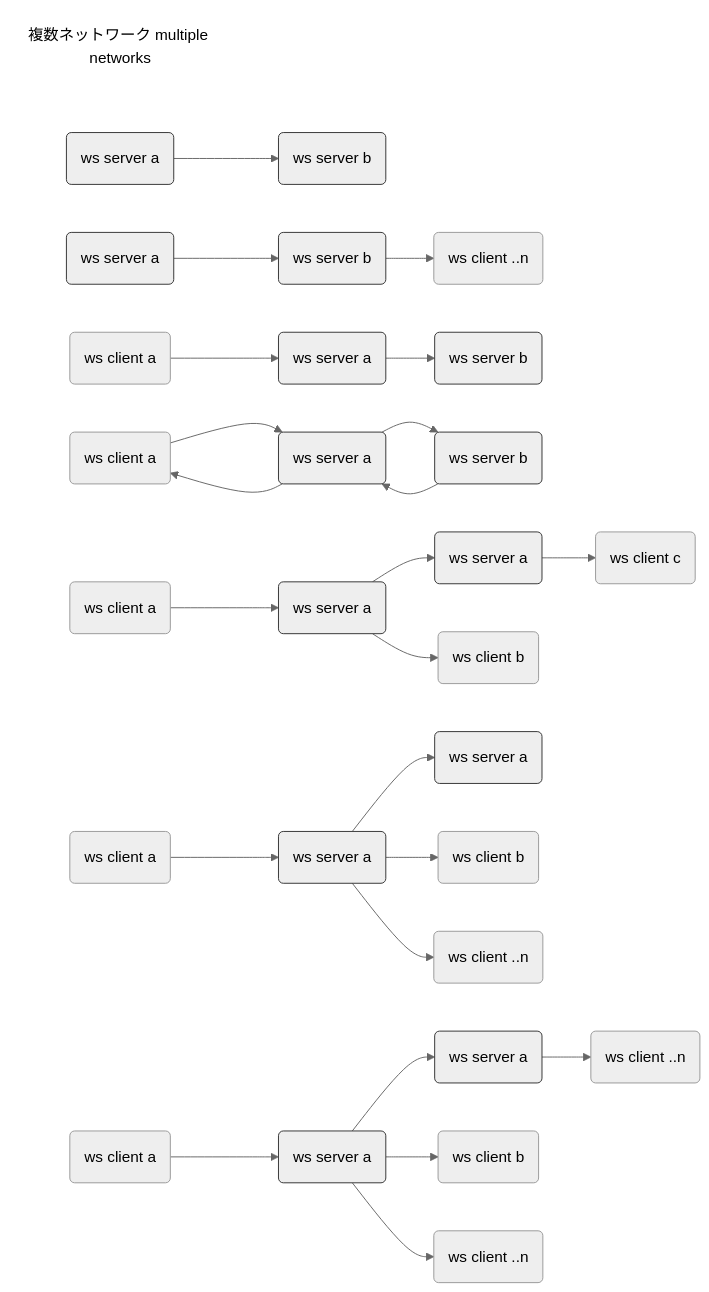
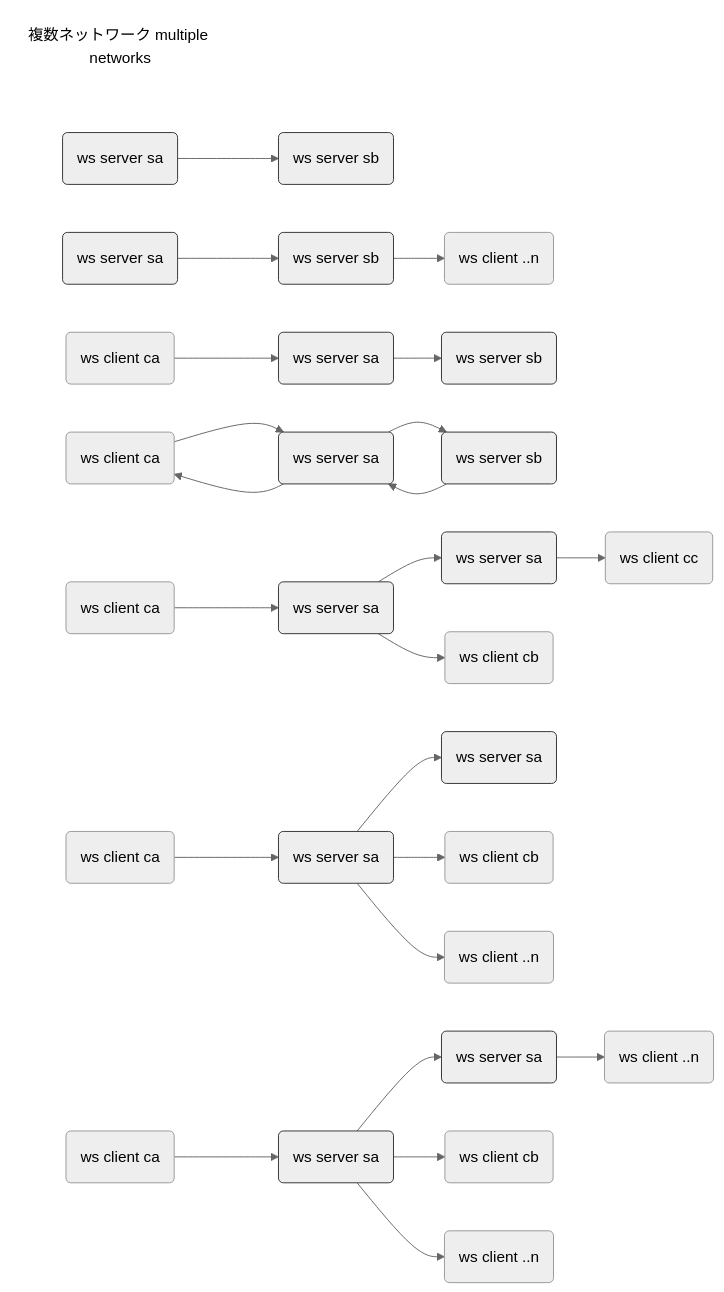
The second of 3 diagrams in README.md (toshirot/w2w), drawn with Mermaid (neutral theme) before and after one commit. The commit also changed other lines of this file, not shown here.

````diff
--- a/README.md
+++ b/README.md
@@ -50,69 +50,69 @@
 ```mermaid
 flowchart LR
 
 text2(複数ネットワーク multiple networks):::class_text
 
     %%multi_type1
-        multi_type1s1(ws server a):::class_server
-        multi_type1s2(ws server b):::class_server
+        multi_type1s1(ws server sa):::class_server
+        multi_type1s2(ws server sb):::class_server
             multi_type1s1 --> multi_type1s2
 
     %%multi_type2
-        multi_type2s1(ws server a):::class_server
-        multi_type2s2(ws server b):::class_server
+        multi_type2s1(ws server sa):::class_server
+        multi_type2s2(ws server sb):::class_server
         multi_type2c(ws client ..n) 
             multi_type2s1 --> multi_type2s2 --> multi_type2c
 
     %%multi_type3
-        multi_type3c(ws client a) 
-        multi_type3s1(ws server a):::class_server
-        multi_type3s2(ws server b):::class_server
+        multi_type3c(ws client ca) 
+        multi_type3s1(ws server sa):::class_server
+        multi_type3s2(ws server sb):::class_server
             multi_type3c --> multi_type3s1 --> multi_type3s2
 
     %%single_type4
-        multi_type4c1(ws client a) 
-        multi_type4s1(ws server a):::class_server 
-        multi_type4s2(ws server b):::class_server
+        multi_type4c1(ws client ca) 
+        multi_type4s1(ws server sa):::class_server 
+        multi_type4s2(ws server sb):::class_server
 　
             multi_type4c1 --> multi_type4s1 --> multi_type4s2 --> multi_type4s1--> multi_type4c1
  
      %%multi_type5
-        multi_type5c1(ws client a) 
-        multi_type5s1(ws server a):::class_server
-        multi_type5s2(ws server a):::class_server 
-        multi_type5c2(ws client b) 
-        multi_type5c3(ws client c) 
+        multi_type5c1(ws client ca) 
+        multi_type5s1(ws server sa):::class_server
+        multi_type5s2(ws server sa):::class_server 
+        multi_type5c2(ws client cb) 
+        multi_type5c3(ws client cc) 
             multi_type5c1 --> multi_type5s1 --> multi_type5c2
                         multi_type5s1 --> multi_type5s2
                         multi_type5s2 --> multi_type5c3
 
      %%multi_type6
-        multi_type6c1(ws client a) 
-        multi_type6s1(ws server a):::class_server
-        multi_type6s2(ws server a):::class_server 
-        multi_type6c2(ws client b) 
+        multi_type6c1(ws client ca) 
+        multi_type6s1(ws server sa):::class_server
+        multi_type6s2(ws server sa):::class_server 
+        multi_type6c2(ws client cb) 
         multi_type6c3(ws client ..n) 
             multi_type6c1 --> multi_type6s1 --> multi_type6c2
                         multi_type6s1 --> multi_type6c3
                         multi_type6s1 --> multi_type6s2
 
      %%multi_type7
-        multi_type7c1(ws client a) 
-        multi_type7s1(ws server a):::class_server
-        multi_type7s2(ws server a):::class_server 
+        multi_type7c1(ws client ca) 
+        multi_type7s1(ws server sa):::class_server
+        multi_type7s2(ws server sa):::class_server 
 
-        multi_type7c2(ws client b) 
+        multi_type7c2(ws client cb) 
         multi_type7c3(ws client ..n) 
 
         multi_type7c5(ws client ..n) 
 
             multi_type7c1 --> multi_type7s1 --> multi_type7c2
                         multi_type7s1 --> multi_type7c3
                         multi_type7s1 --> multi_type7s2
                         multi_type7s2 --> multi_type7c5
                      
 
 classDef class_server fill:#eee,color:#000,stroke:#333
 classDef class_text fill:#fff,color:#000,stroke:#fff
 
 ```
````
